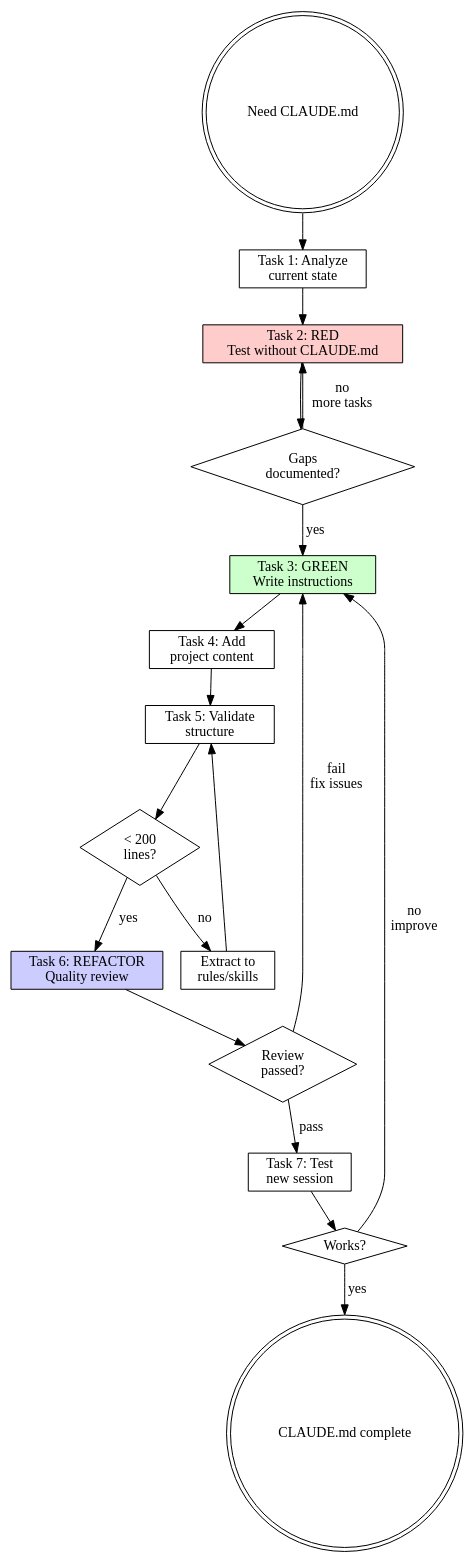
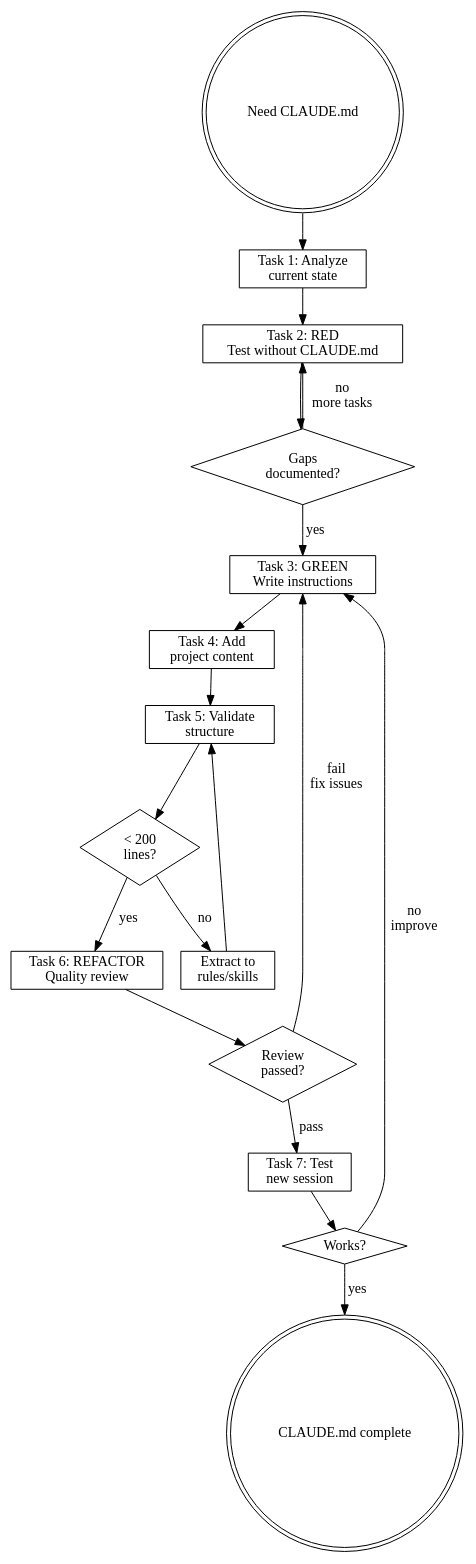
The diagram in plugins/rcc/skills/writing-claude-md/SKILL.md (wayne930242/Reflexive-Claude-Code), drawn with Graphviz before and after one commit. The commit also changed other lines of this file and 16 other files, not shown here.

````diff
--- a/plugins/rcc/skills/writing-claude-md/SKILL.md
+++ b/plugins/rcc/skills/writing-claude-md/SKILL.md
@@ -235,38 +236,38 @@
 ```dot
 digraph claudemd_creation {
     rankdir=TB;
 
     start [label="Need CLAUDE.md", shape=doublecircle];
     analyze [label="Task 1: Analyze\ncurrent state", shape=box];
-    baseline [label="Task 2: RED\nTest without CLAUDE.md", shape=box, style=filled, fillcolor="#ffcccc"];
+    baseline [label="Task 2: RED\nTest without CLAUDE.md", shape=box];
     verify_red [label="Gaps\ndocumented?", shape=diamond];
-    write [label="Task 3: GREEN\nWrite instructions", shape=box, style=filled, fillcolor="#ccffcc"];
+    write [label="Task 3: GREEN\nWrite instructions", shape=box];
     content [label="Task 4: Add\nproject content", shape=box];
     validate [label="Task 5: Validate\nstructure", shape=box];
     too_long [label="< 200\nlines?", shape=diamond];
     extract [label="Extract to\nrules/skills", shape=box];
-    review [label="Task 6: REFACTOR\nQuality review", shape=box, style=filled, fillcolor="#ccccff"];
+    review [label="Task 6: REFACTOR\nQuality review", shape=box];
     review_pass [label="Review\npassed?", shape=diamond];
     test [label="Task 7: Test\nnew session", shape=box];
     test_pass [label="Works?", shape=diamond];
     done [label="CLAUDE.md complete", shape=doublecircle];
 
     start -> analyze;
     analyze -> baseline;
     baseline -> verify_red;
     verify_red -> write [label="yes"];
     verify_red -> baseline [label="no\nmore tasks"];
     write -> content;
     content -> validate;
     validate -> too_long;
     too_long -> review [label="yes"];
     too_long -> extract [label="no"];
     extract -> validate;
     review -> review_pass;
     review_pass -> test [label="pass"];
     review_pass -> write [label="fail\nfix issues"];
     test -> test_pass;
     test_pass -> done [label="yes"];
     test_pass -> write [label="no\nimprove"];
 }
 ```
````
